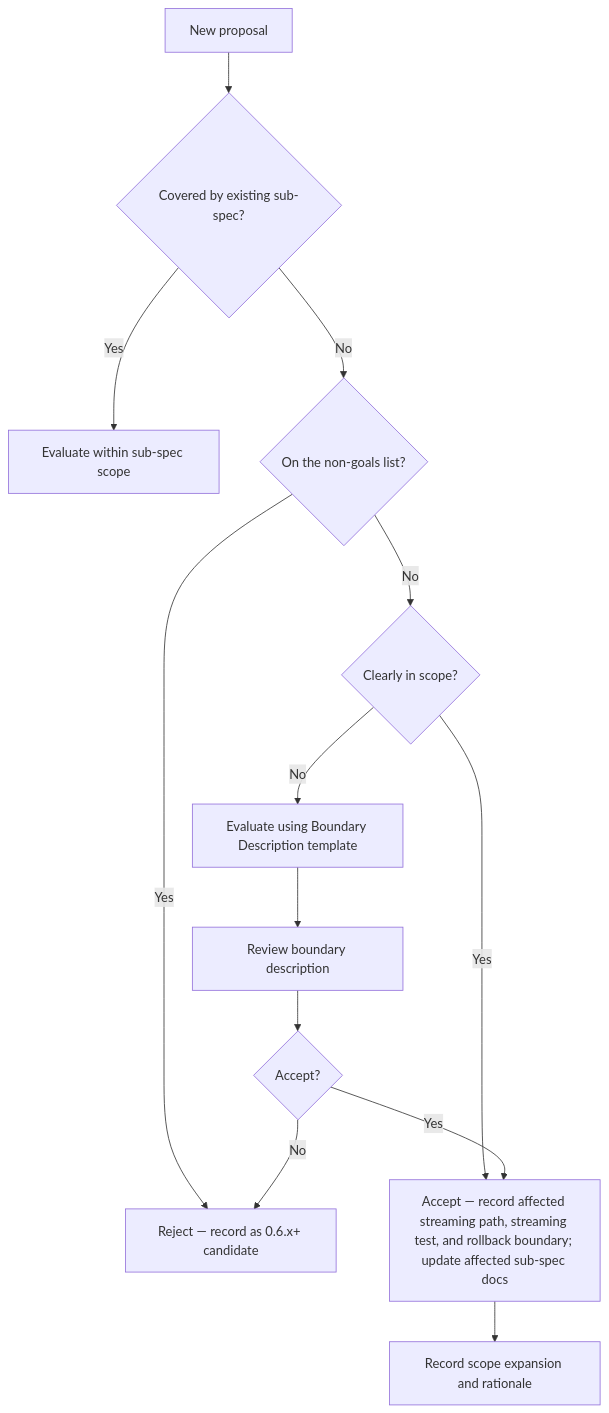
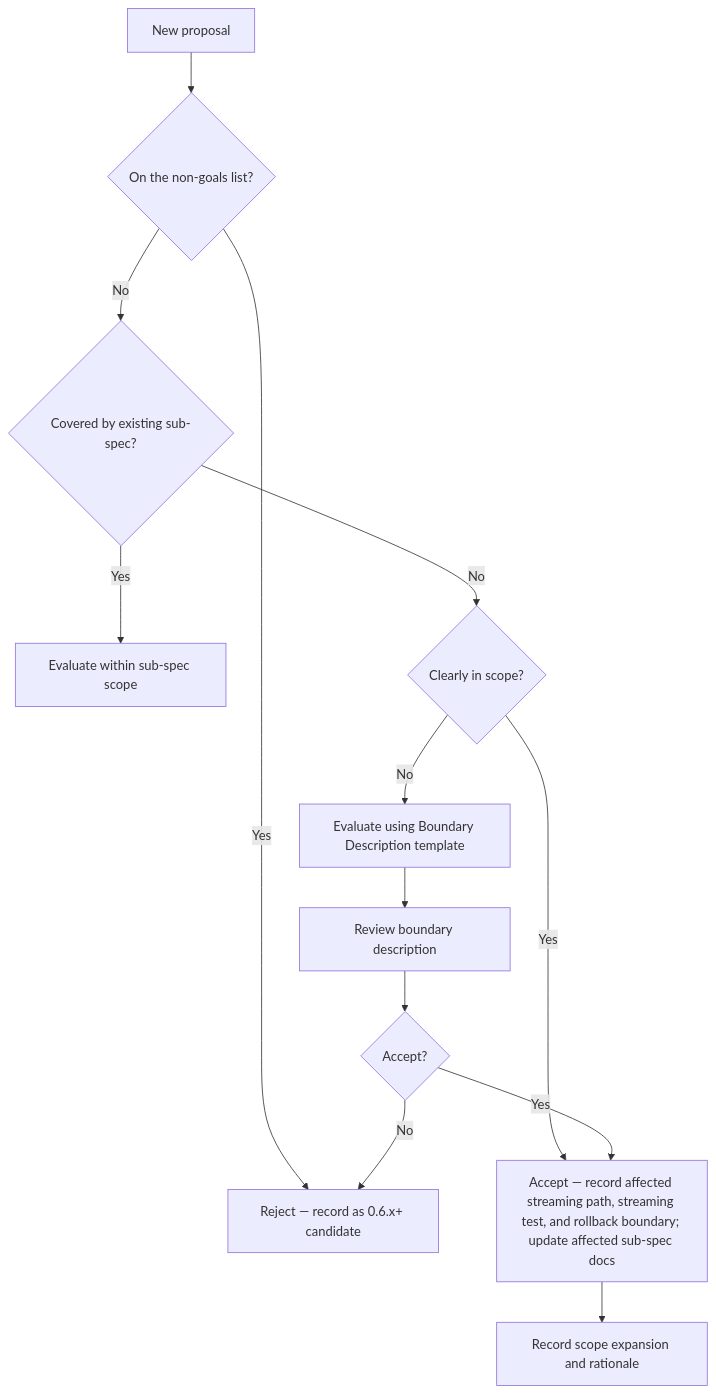
One commit to cnkang/nginx-markdown-for-agents changed the diagram in docs/project/release-gates/scope-creep-evaluation-0-5-0.md. Above: the diagram before and after it, drawn with Mermaid. The commit also changed other lines of this file and 2 other files, not shown here.

Commit message:
docs(project): fix 4 MAJOR findings in release-gate docs
- go-nogo-template: add Release-Owner Authorization table capturing the
  written authorization artifact (gate name, candidate, override scope)
- scope-creep-evaluation: non-goals check precedes sub-spec coverage in
  both the mermaid flow and Evaluation Rules, matching the process doc
- test-matrix: Approved Exception requires explicit release-owner
  approval with status/link to the Go/No-Go decision, not a named approver
- naming-conventions: verified twelve-family v1 registry is already
  consistent with Gate 5 validators (no stale parse_*/DECOMP_* surfaces)

````diff
--- a/docs/project/release-gates/scope-creep-evaluation-0-5-0.md
+++ b/docs/project/release-gates/scope-creep-evaluation-0-5-0.md
@@ -19,15 +19,15 @@
 ```mermaid
 flowchart TD
-    A["New proposal"] --> B{"Covered by existing sub-spec?"}
-    B -->|Yes| C["Evaluate within sub-spec scope"]
-    B -->|No| D{"On the non-goals list?"}
-    D -->|Yes| E["Reject — record as 0.6.x+ candidate"]
+    A["New proposal"] --> B{"On the non-goals list?"}
+    B -->|Yes| C["Reject — record as 0.6.x+ candidate"]
+    B -->|No| D{"Covered by existing sub-spec?"}
+    D -->|Yes| E["Evaluate within sub-spec scope"]
     D -->|No| F{"Clearly in scope?"}
     F -->|Yes| G["Accept — record affected streaming path, streaming test, and rollback boundary; update affected sub-spec docs"]
     F -->|No| H["Evaluate using Boundary Description template"]
     H --> I["Review boundary description"]
     I --> J{"Accept?"}
     J -->|Yes| G
-    J -->|No| E
+    J -->|No| C
     G --> K["Record scope expansion and rationale"]
 ```
````
